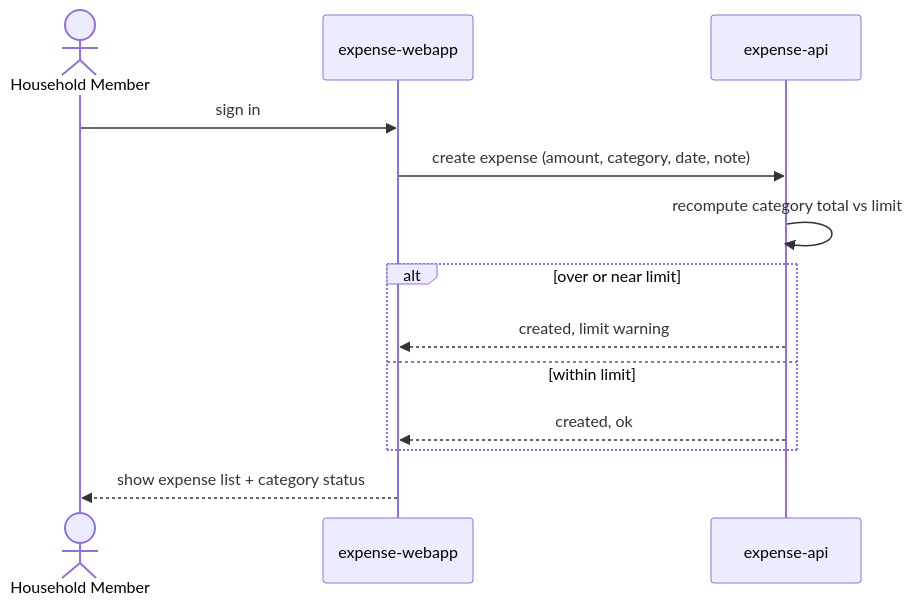
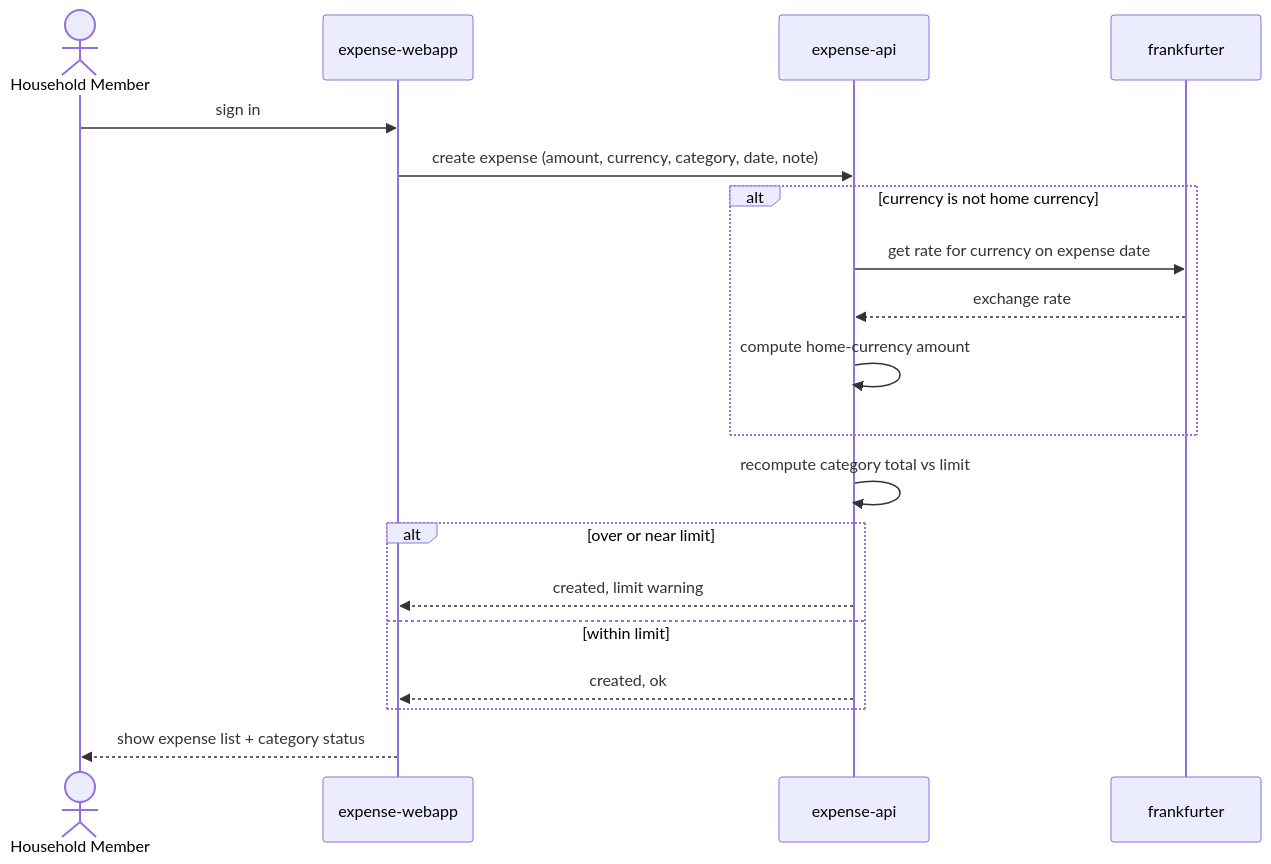
The diagram in specs/design/flows/log-and-track-expense.md (ae-demo/testing9231), drawn with Mermaid before and after one commit. The commit also changed other lines of this file and 6 other files, not shown here.

````diff
--- a/specs/design/flows/log-and-track-expense.md
+++ b/specs/design/flows/log-and-track-expense.md
@@ -5,16 +5,22 @@
 ```mermaid
 sequenceDiagram
     actor Member as Household Member
     participant expense-webapp
     participant expense-api
+    participant frankfurter
 
     Member->>expense-webapp: sign in
-    expense-webapp->>expense-api: create expense (amount, category, date, note)
+    expense-webapp->>expense-api: create expense (amount, currency, category, date, note)
+    alt currency is not home currency
+        expense-api->>frankfurter: get rate for currency on expense date
+        frankfurter-->>expense-api: exchange rate
+        expense-api->>expense-api: compute home-currency amount
+    end
     expense-api->>expense-api: recompute category total vs limit
     alt over or near limit
         expense-api-->>expense-webapp: created, limit warning
     else within limit
         expense-api-->>expense-webapp: created, ok
     end
     expense-webapp-->>Member: show expense list + category status
 ```
````
